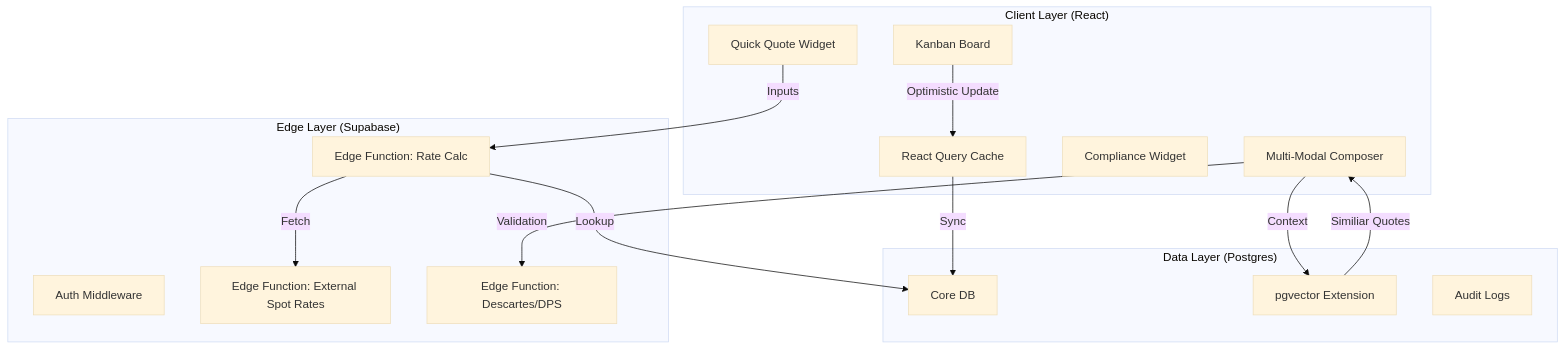
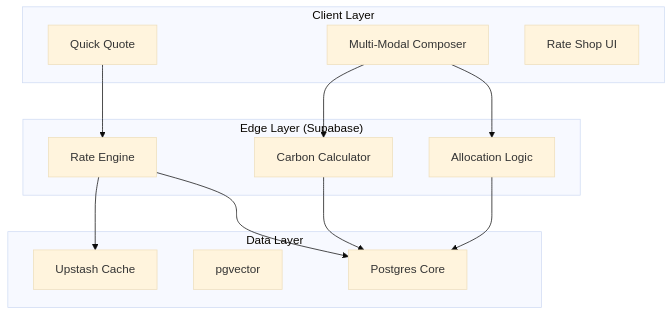
One commit to vageesha-vaishya/logic-nexus-ai changed the diagram in documentation/QUOTATION_MODULE_DESIGN_SPECIFICATION.md. Above: the diagram before and after it, drawn with Mermaid (base theme). The commit also changed other lines of this file and 2 other files, not shown here.

First line of the commit message:
feat(supabase-functions): rewrite invokeFunction with improved error handling and session refresh

````diff
--- a/documentation/QUOTATION_MODULE_DESIGN_SPECIFICATION.md
+++ b/documentation/QUOTATION_MODULE_DESIGN_SPECIFICATION.md
@@ -128,34 +104,30 @@
 ```mermaid
 graph TD
-    subgraph "Client Layer (React)"
-        QQ[Quick Quote Widget]
+    subgraph "Client Layer"
+        QQ[Quick Quote]
         MQ[Multi-Modal Composer]
-        KB[Kanban Board]
-        Comp[Compliance Widget]
-        Cache[React Query Cache]
+        RateShop[Rate Shop UI]
     end
 
     subgraph "Edge Layer (Supabase)"
-        Auth[Auth Middleware]
-        RateFunc[Edge Function: Rate Calc]
-        SpotAPI[Edge Function: External Spot Rates]
-        ComplianceAPI[Edge Function: Descartes/DPS]
+        RateFunc[Rate Engine]
+        CO2Func[Carbon Calculator]
+        AllocFunc[Allocation Logic]
     end
 
-    subgraph "Data Layer (Postgres)"
-        PG[Core DB]
-        Vector[pgvector Extension]
-        Logs[Audit Logs]
+    subgraph "Data Layer"
+        PG[Postgres Core]
+        Vector[pgvector]
+        Redis[Upstash Cache]
     end
 
-    QQ -->|Inputs| RateFunc
-    RateFunc -->|Lookup| PG
-    RateFunc -->|Fetch| SpotAPI
+    QQ --> RateFunc
+    RateFunc --> Redis
+    RateFunc --> PG
     
-    MQ -->|Context| Vector
-    MQ -->|Validation| ComplianceAPI
-    Vector -->|Similiar Quotes| MQ
+    MQ --> CO2Func
+    MQ --> AllocFunc
     
-    KB -->|Optimistic Update| Cache
-    Cache -->|Sync| PG
+    CO2Func --> PG
+    AllocFunc --> PG
 ```
````
